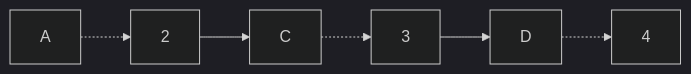
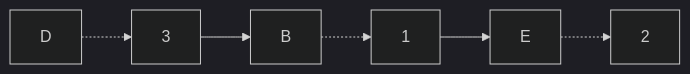
Before and after one commit to hse-algo-24-raven/manual-tasks-raven: the sixth of 12 diagrams in task-8/pustobek.md, drawn with Mermaid (dark theme). The commit also changed other lines of this file, not shown here.

````diff
--- a/task-8/pustobek.md
+++ b/task-8/pustobek.md
@@ -168,4 +170,4 @@
 ```mermaid
 graph LR
-    A -.-> 2 --> C -.-> 3 --> D -.-> 4
+    D -.-> 3 --> B -.-> 1 --> E -.-> 2
 ```
````
